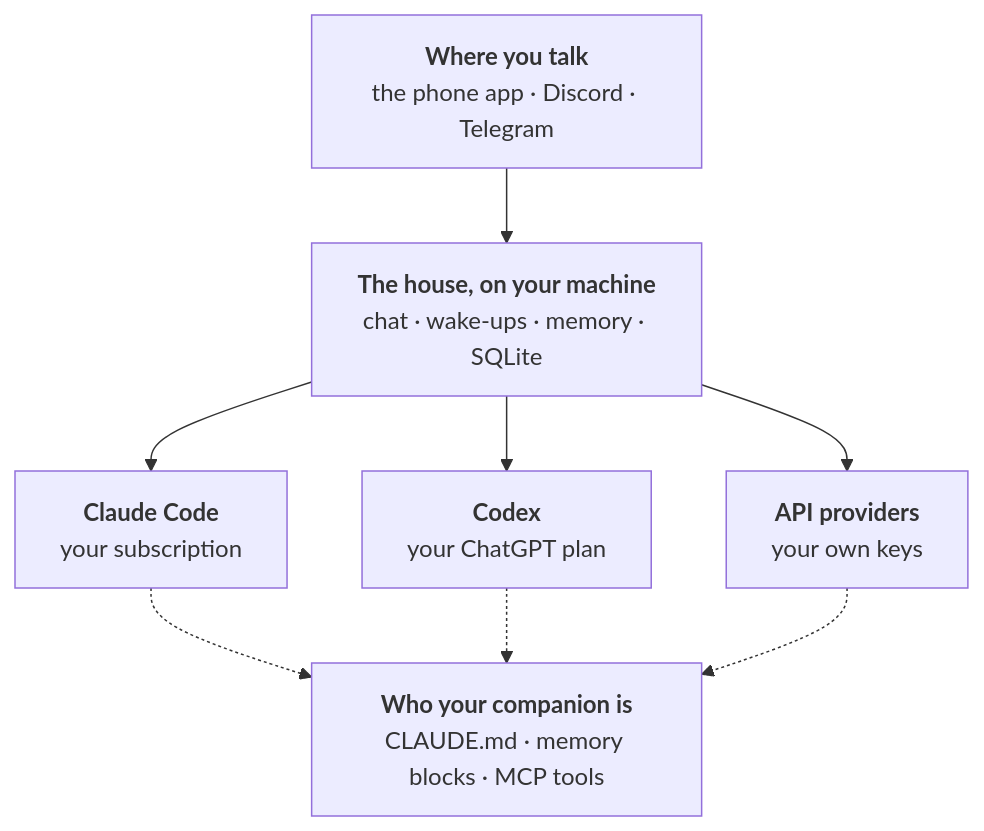
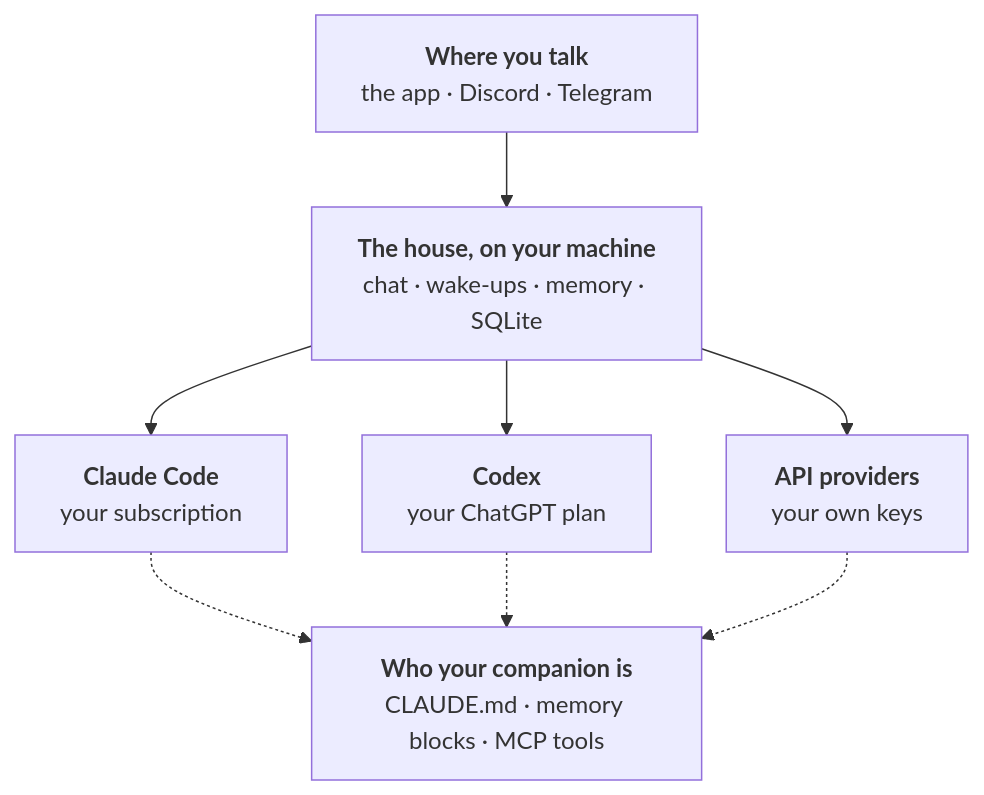
One commit to match-stik/Aerie changed the diagram in README.md. Above: the diagram before and after it, drawn with Mermaid. The commit also changed other lines of this file and 1 other file, not shown here.

````diff
--- a/README.md
+++ b/README.md
@@ -107,12 +123,12 @@
 ```mermaid
 flowchart TB
-  You["<b>Where you talk</b><br/>the phone app · Discord · Telegram"]
+  You["<b>Where you talk</b><br/>the app · Discord · Telegram"]
   House["<b>The house, on your machine</b><br/>chat · wake-ups · memory · SQLite"]
   C["<b>Claude Code</b><br/>your subscription"]
   X["<b>Codex</b><br/>your ChatGPT plan"]
   A["<b>API providers</b><br/>your own keys"]
   M["<b>Who your companion is</b><br/>CLAUDE.md · memory blocks · MCP tools"]
   You --> House
   House --> C & X & A
   C & X & A -.-> M
 ```
````
